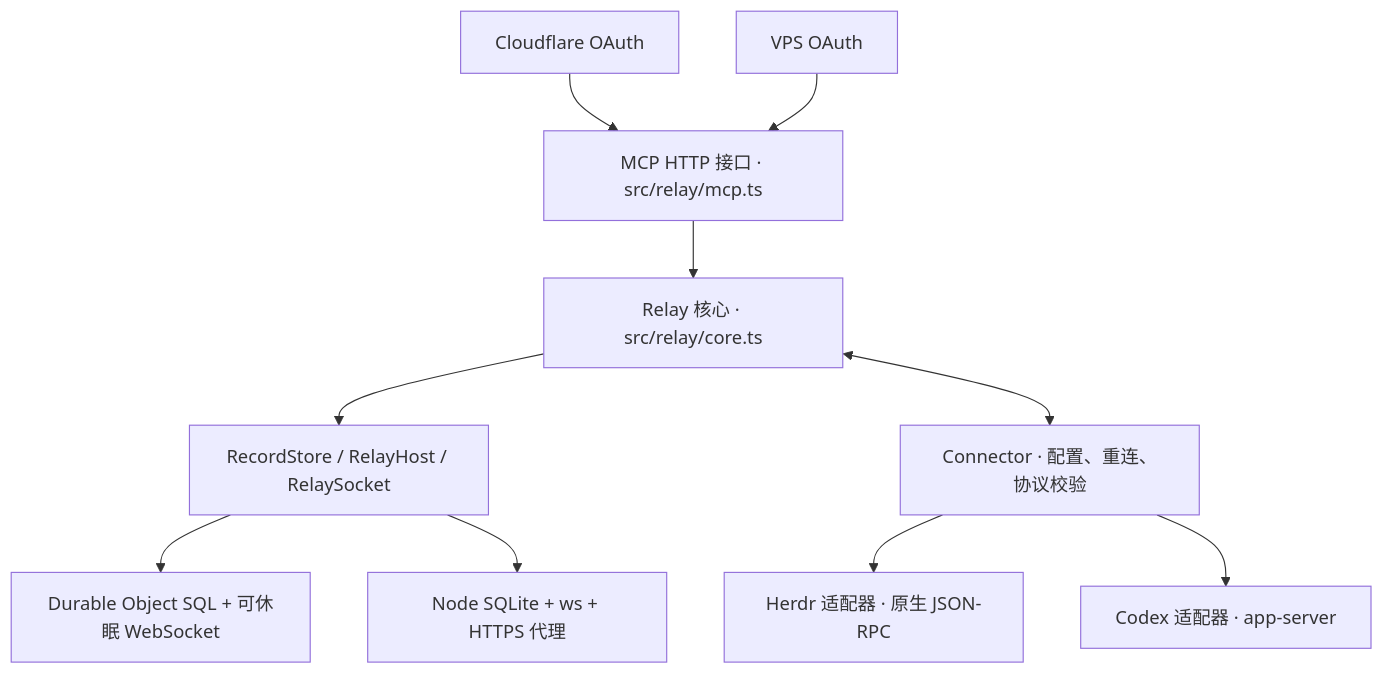
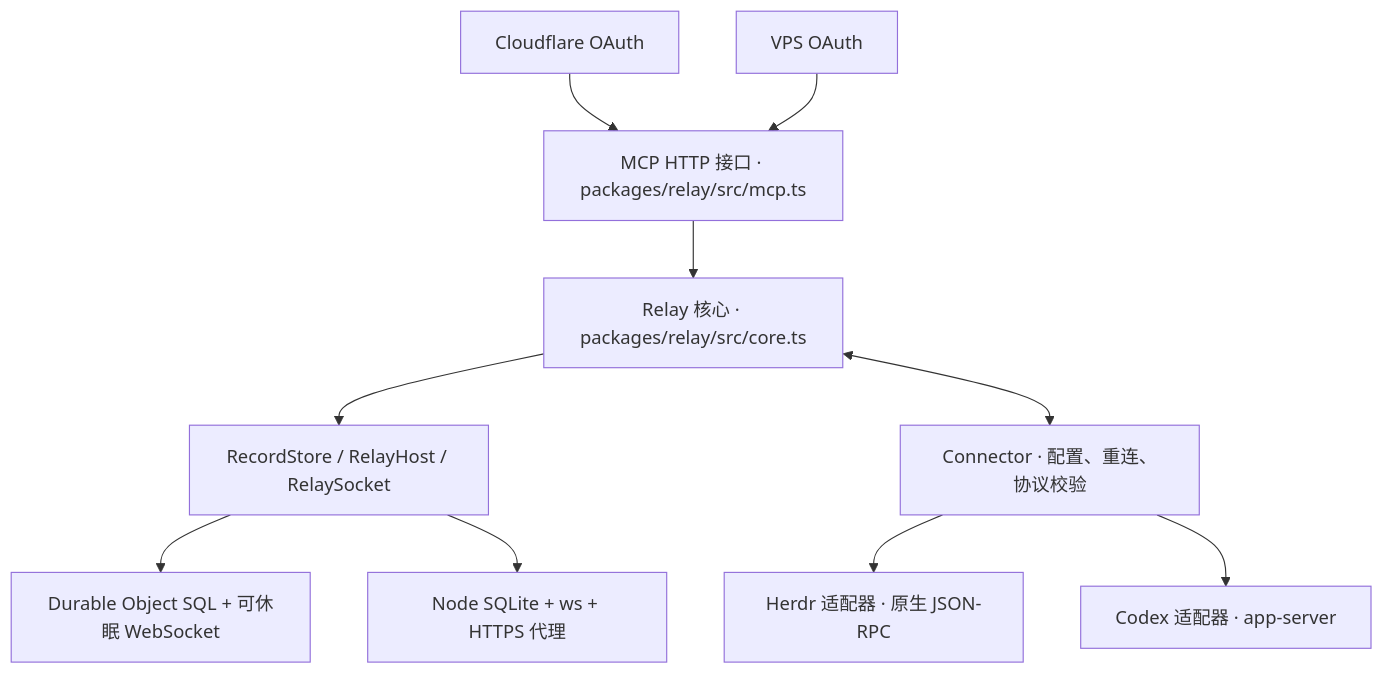
The diagram in docs/design/architecture.zh-CN.md (AkaraChen/agenvo), drawn with Mermaid before and after one commit. The commit also changed other lines of this file and 132 other files, not shown here.

Commit message:
refactor: split relay and runtime connectors into scoped packages

````diff
--- a/docs/design/architecture.zh-CN.md
+++ b/docs/design/architecture.zh-CN.md
@@ -9,12 +9,12 @@
 ```mermaid
 flowchart TB
-  MCP["MCP HTTP 接口 · src/relay/mcp.ts"] --> CORE["Relay 核心 · src/relay/core.ts"]
+  MCP["MCP HTTP 接口 · packages/relay/src/mcp.ts"] --> CORE["Relay 核心 · packages/relay/src/core.ts"]
   CF["Cloudflare OAuth"] --> MCP
   VPS["VPS OAuth"] --> MCP
   CORE --> PORT["RecordStore / RelayHost / RelaySocket"]
   PORT --> DO["Durable Object SQL + 可休眠 WebSocket"]
   PORT --> NODE["Node SQLite + ws + HTTPS 代理"]
   CORE <--> CON["Connector · 配置、重连、协议校验"]
   CON --> HERDR["Herdr 适配器 · 原生 JSON-RPC"]
   CON --> CODEX["Codex 适配器 · app-server"]
 ```
````
